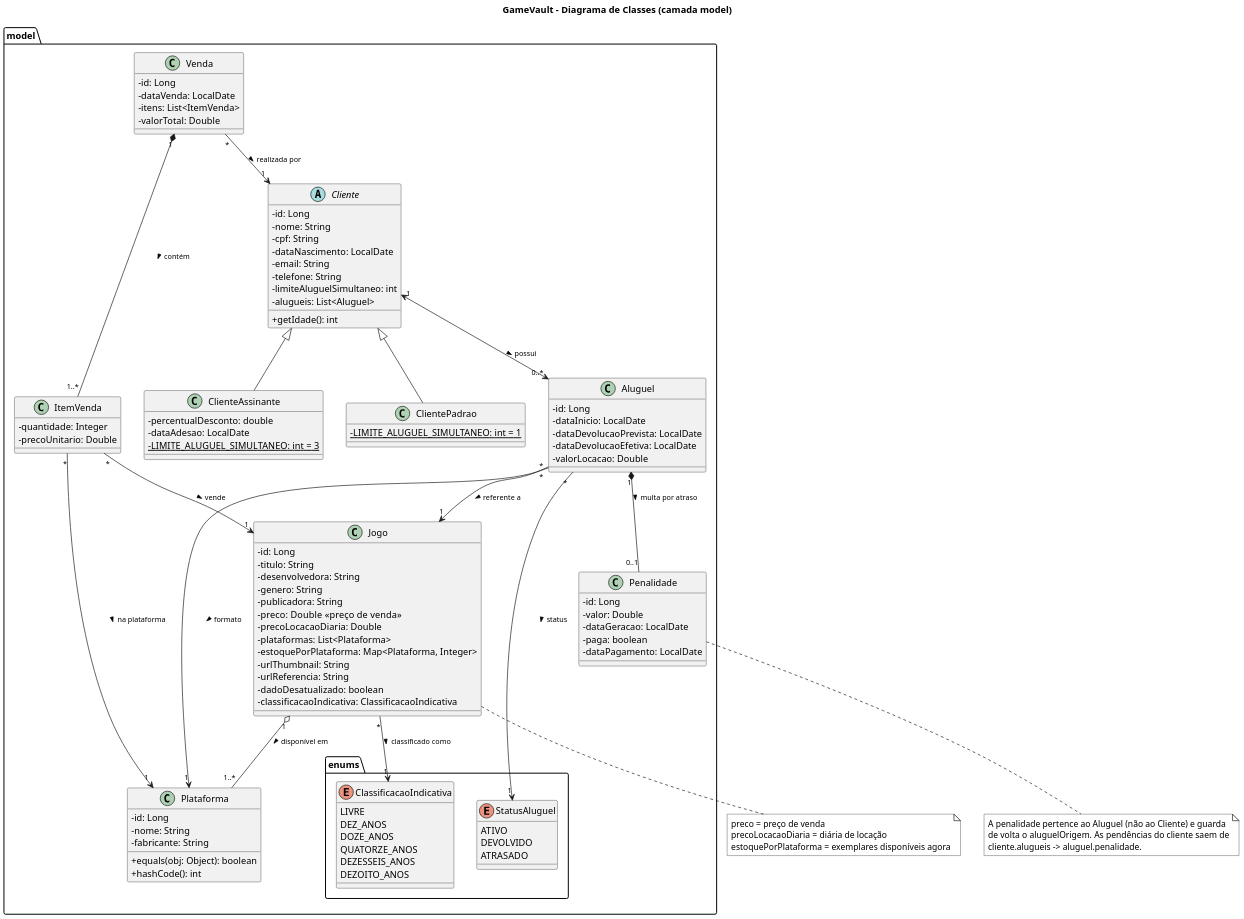
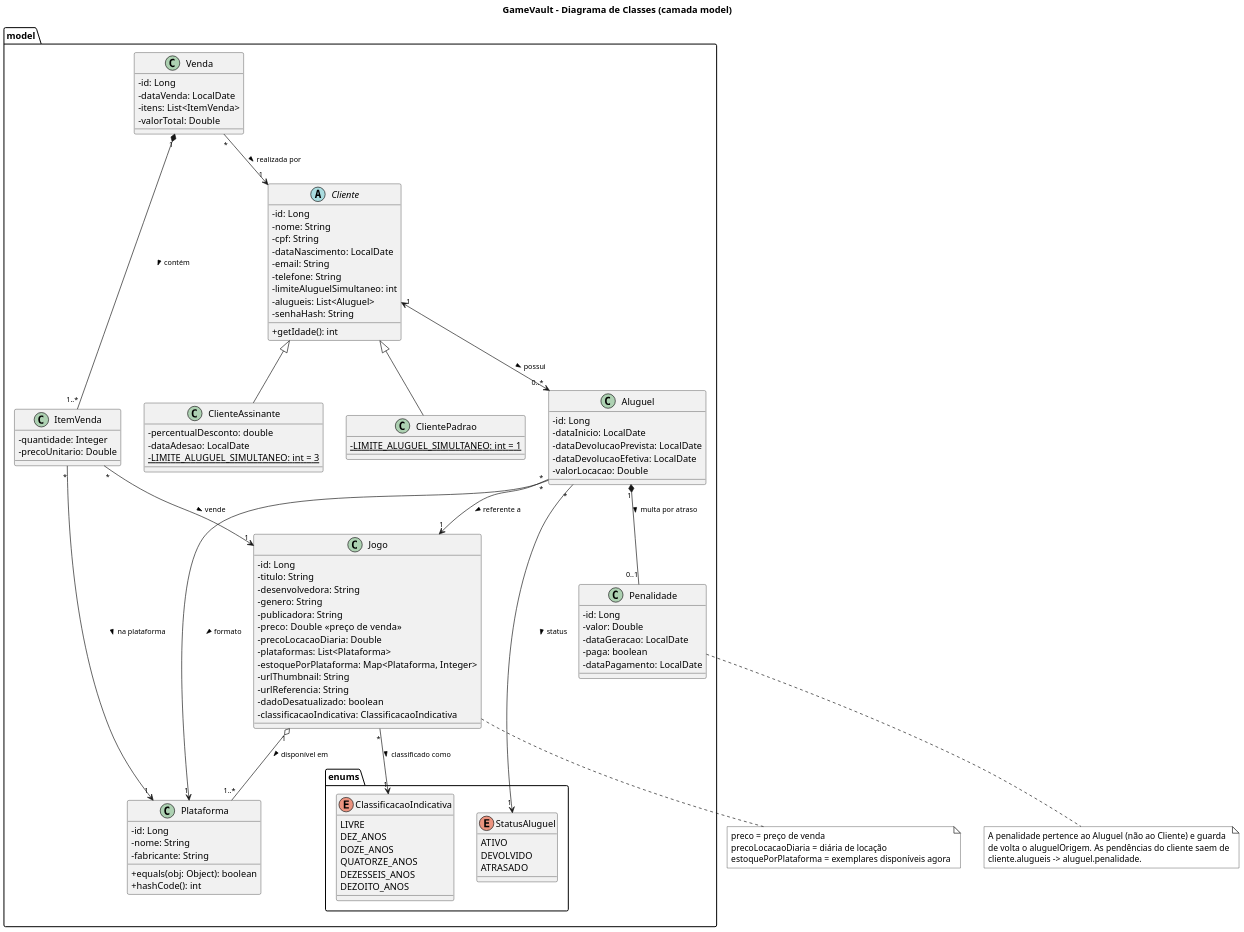
One commit to Francisco1Luna/GameVault changed the diagram in docs/uml-fonte/modelo.puml. Above: the diagram before and after it, drawn with PlantUML. The commit also changed 32 other files, not shown here.

```diff
--- a/docs/uml-fonte/modelo.puml
+++ b/docs/uml-fonte/modelo.puml
@@ -1,150 +1,151 @@
 @startuml
 skinparam classAttributeIconSize 0
 skinparam dpi 150
 skinparam shadowing false
 skinparam ArrowColor #181818
 skinparam ArrowFontSize 11
 skinparam PackageBorderColor #000000
 skinparam PackageBackgroundColor #FFFFFF
 skinparam NoteBackgroundColor #FFFFFF
 skinparam NoteBorderColor #181818
 skinparam class {
   BackgroundColor #F1F1F1
   BorderColor #181818
 }
 skinparam enum {
   BackgroundColor #F1F1F1
   BorderColor #181818
 }
 skinparam abstract {
   BackgroundColor #F1F1F1
   BorderColor #181818
 }
 skinparam interface {
   BackgroundColor #F1F1F1
   BorderColor #181818
 }
 title GameVault - Diagrama de Classes (camada model)
 
 package model {
 
   abstract class Cliente {
     -id: Long
     -nome: String
     -cpf: String
     -dataNascimento: LocalDate
     -email: String
     -telefone: String
     -limiteAluguelSimultaneo: int
     -alugueis: List<Aluguel>
+    -senhaHash: String
     +getIdade(): int
   }
 
   class ClientePadrao {
     {static} -LIMITE_ALUGUEL_SIMULTANEO: int = 1
   }
 
   class ClienteAssinante {
     -percentualDesconto: double
     -dataAdesao: LocalDate
     {static} -LIMITE_ALUGUEL_SIMULTANEO: int = 3
   }
 
   class Aluguel {
     -id: Long
     -dataInicio: LocalDate
     -dataDevolucaoPrevista: LocalDate
     -dataDevolucaoEfetiva: LocalDate
     -valorLocacao: Double
   }
 
   class Penalidade {
     -id: Long
     -valor: Double
     -dataGeracao: LocalDate
     -paga: boolean
     -dataPagamento: LocalDate
   }
 
   class Jogo {
     -id: Long
     -titulo: String
     -desenvolvedora: String
     -genero: String
     -publicadora: String
     -preco: Double  <<preço de venda>>
     -precoLocacaoDiaria: Double
     -plataformas: List<Plataforma>
     -estoquePorPlataforma: Map<Plataforma, Integer>
     -urlThumbnail: String
     -urlReferencia: String
     -dadoDesatualizado: boolean
     -classificacaoIndicativa: ClassificacaoIndicativa
   }
 
   class Plataforma {
     -id: Long
     -nome: String
     -fabricante: String
     +equals(obj: Object): boolean
     +hashCode(): int
   }
 
   class Venda {
     -id: Long
     -dataVenda: LocalDate
     -itens: List<ItemVenda>
     -valorTotal: Double
   }
 
   class ItemVenda {
     -quantidade: Integer
     -precoUnitario: Double
   }
 
   package enums {
     enum ClassificacaoIndicativa {
       LIVRE
       DEZ_ANOS
       DOZE_ANOS
       QUATORZE_ANOS
       DEZESSEIS_ANOS
       DEZOITO_ANOS
     }
     enum StatusAluguel {
       ATIVO
       DEVOLVIDO
       ATRASADO
     }
   }
 }
 
 Cliente <|-- ClientePadrao
 Cliente <|-- ClienteAssinante
 
 Cliente "1" <--> "0..*" Aluguel : possui >
 Aluguel "*" --> "1" Jogo : referente a >
 Aluguel "*" --> "1" Plataforma : formato >
 Aluguel "1" *-- "0..1" Penalidade : multa por atraso >
 Aluguel "*" --> "1" StatusAluguel : status >
 
 Jogo "1" o-- "1..*" Plataforma : disponível em >
 Jogo "*" --> "1" ClassificacaoIndicativa : classificado como >
 
 Venda "*" --> "1" Cliente : realizada por >
 Venda "1" *-- "1..*" ItemVenda : contém >
 ItemVenda "*" --> "1" Jogo : vende >
 ItemVenda "*" --> "1" Plataforma : na plataforma >
 
 note bottom of Jogo
   preco = preço de venda
   precoLocacaoDiaria = diária de locação
   estoquePorPlataforma = exemplares disponíveis agora
 end note
 
 note bottom of Penalidade
   A penalidade pertence ao Aluguel (não ao Cliente) e guarda
   de volta o aluguelOrigem. As pendências do cliente saem de
   cliente.alugueis -> aluguel.penalidade.
 end note
 @enduml
```
